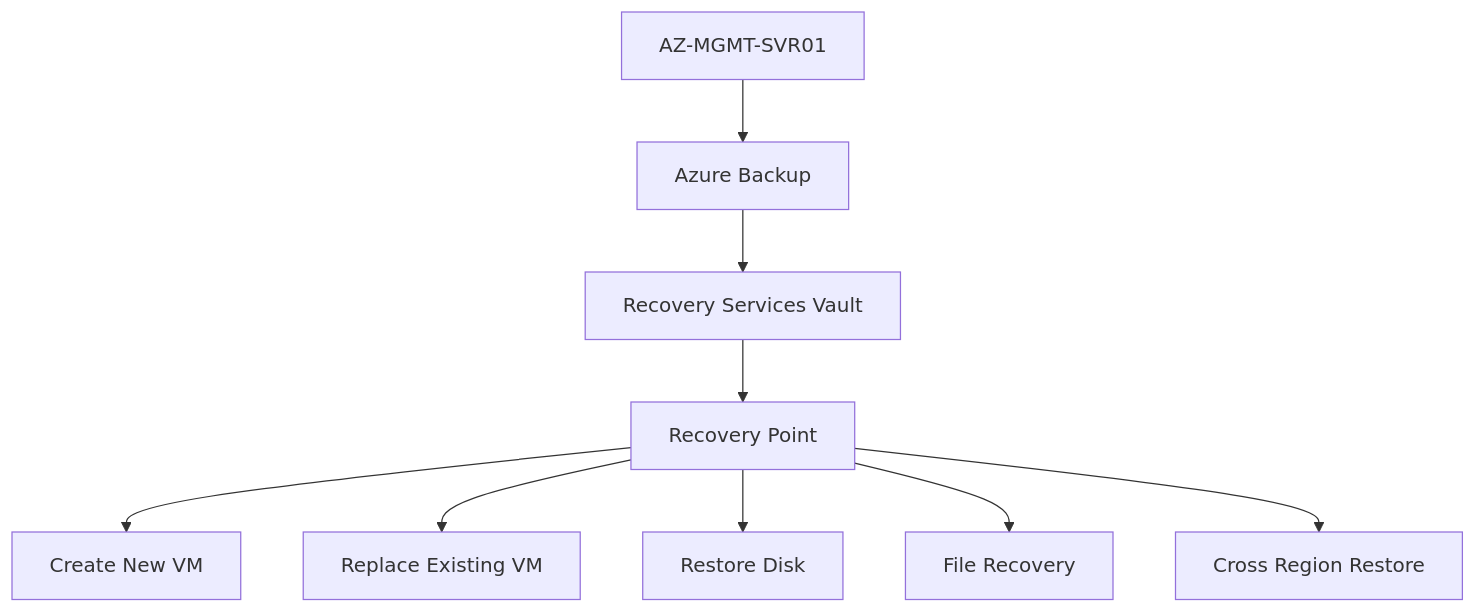
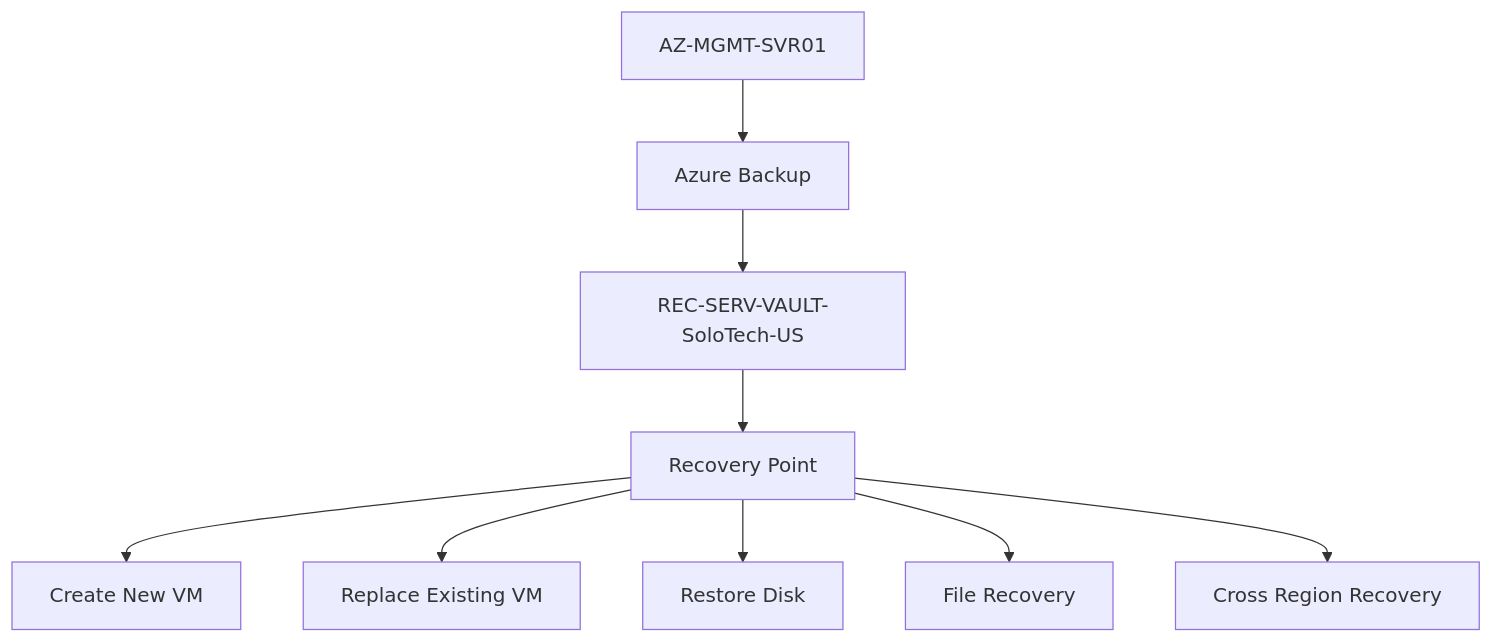
Before and after one commit to Solomon-Botchway/Azure-Enterprise-Infrastructure-Operations-Monitoring-Project: the seventh of 7 diagrams in 10-AzureBackupRecovery.md, drawn with Mermaid. The commit also changed other lines of this file, not shown here.

First line of the commit message:
Revise Azure Backup & Recovery documentation

````diff
--- a/10-AzureBackupRecovery.md
+++ b/10-AzureBackupRecovery.md
@@ -53,21 +511,21 @@
 ```mermaid
 flowchart TB
 
-A[AZ-MGMT-SVR01]
+    A[AZ-MGMT-SVR01]
 
---> B[Azure Backup]
+    --> B[Azure Backup]
 
---> C[Recovery Services Vault]
+    --> C[REC-SERV-VAULT-SoloTech-US]
 
---> D[Recovery Point]
+    --> D[Recovery Point]
 
-D --> E[Create New VM]
+    D --> E[Create New VM]
 
-D --> F[Replace Existing VM]
+    D --> F[Replace Existing VM]
 
-D --> G[Restore Disk]
+    D --> G[Restore Disk]
 
-D --> H[File Recovery]
+    D --> H[File Recovery]
 
-D --> I[Cross Region Restore]
+    D --> I[Cross Region Recovery]
 ```
````
